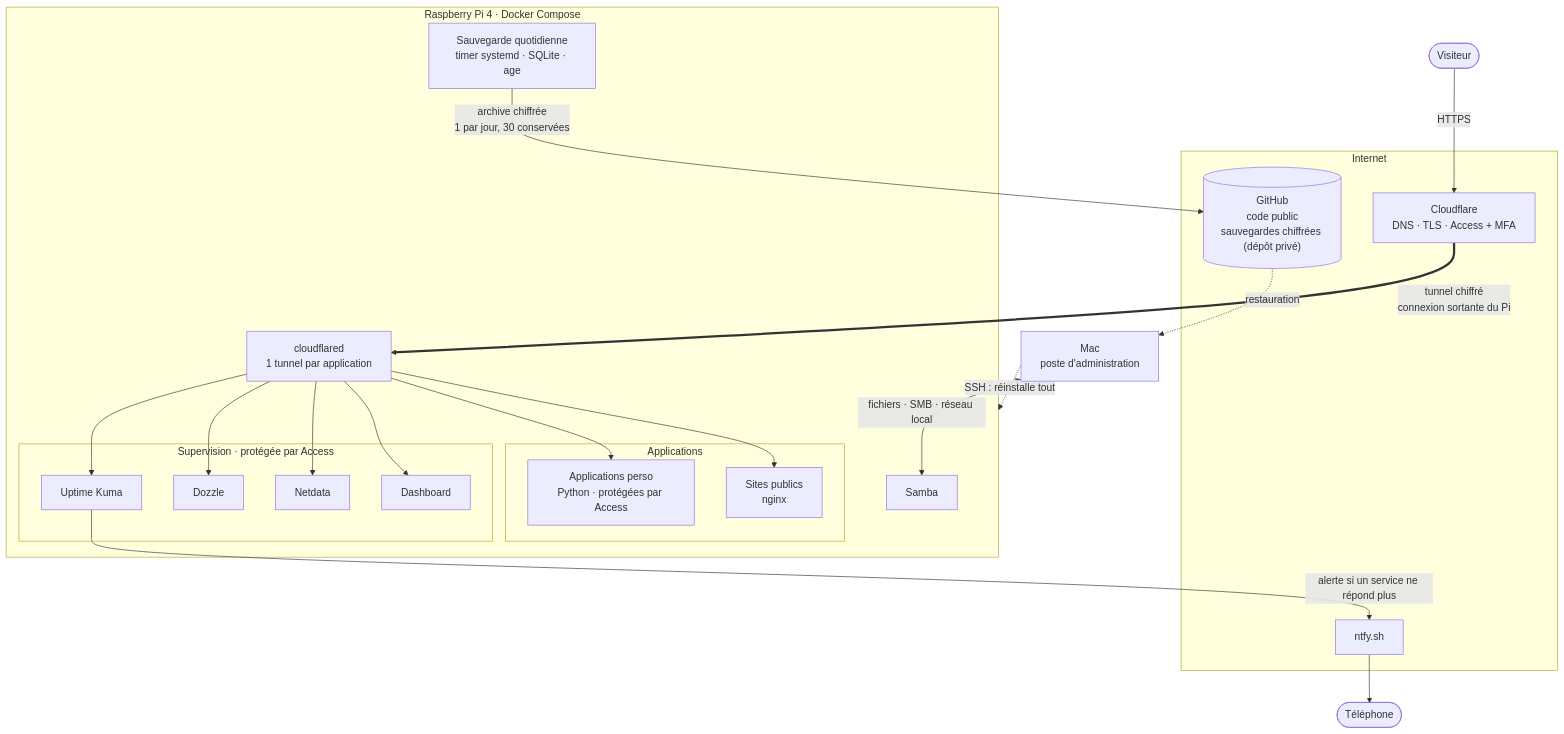
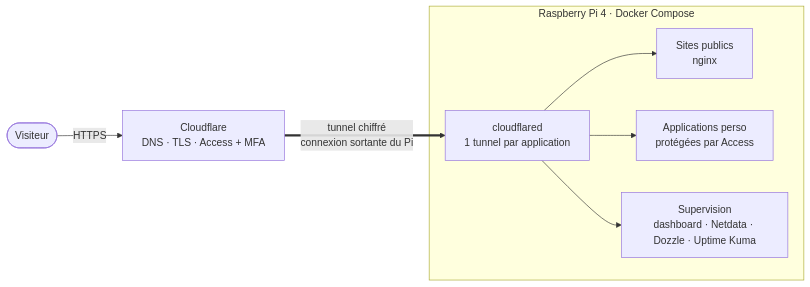
Before and after one commit to maximelabatut/maximelabatut: the first of 3 diagrams in README.md, drawn with Mermaid. The commit also changed other lines of this file, not shown here.

Commit message:
README : architecture en trois schemas lisibles (acces, alertes, sauvegarde/restauration)

````diff
--- a/README.md
+++ b/README.md
@@ -47,40 +49,11 @@
 ```mermaid
-flowchart TB
-    V(["Visiteur"])
-    subgraph NET ["Internet"]
-        CF["Cloudflare<br/>DNS · TLS · Access + MFA"]
-        GH[("GitHub<br/>code public<br/>sauvegardes chiffrées (dépôt privé)")]
-        NTFY["ntfy.sh"]
-    end
+flowchart LR
+    V(["Visiteur"]) -->|"HTTPS"| CF["Cloudflare<br/>DNS · TLS · Access + MFA"]
+    CF ==>|"tunnel chiffré<br/>connexion sortante du Pi"| CFD
     subgraph PI ["Raspberry Pi 4 · Docker Compose"]
         CFD["cloudflared<br/>1 tunnel par application"]
-        subgraph APPS ["Applications"]
-            SITES["Sites publics<br/>nginx"]
-            PRIV["Applications perso<br/>Python · protégées par Access"]
-        end
-        subgraph SUP ["Supervision · protégée par Access"]
-            DASH["Dashboard"]
-            ND["Netdata"]
-            DZ["Dozzle"]
-            UK["Uptime Kuma"]
-        end
-        BK["Sauvegarde quotidienne<br/>timer systemd · SQLite · age"]
-        SMB["Samba"]
+        CFD --> SITES["Sites publics<br/>nginx"]
+        CFD --> PRIV["Applications perso<br/>protégées par Access"]
+        CFD --> SUP["Supervision<br/>dashboard · Netdata · Dozzle · Uptime Kuma"]
     end
-    MAC["Mac<br/>poste d'administration"]
-    PHONE(["Téléphone"])
-
-    V -->|"HTTPS"| CF
-    CF ==>|"tunnel chiffré<br/>connexion sortante du Pi"| CFD
-    CFD --> SITES
-    CFD --> PRIV
-    CFD --> DASH
-    CFD --> ND
-    CFD --> DZ
-    CFD --> UK
-    UK -->|"alerte si un service ne répond plus"| NTFY --> PHONE
-    BK -->|"archive chiffrée<br/>1 par jour, 30 conservées"| GH
-    GH -.->|"restauration"| MAC
-    MAC -.->|"SSH : réinstalle tout"| PI
-    MAC <-->|"fichiers · SMB · réseau local"| SMB
 ```
````
